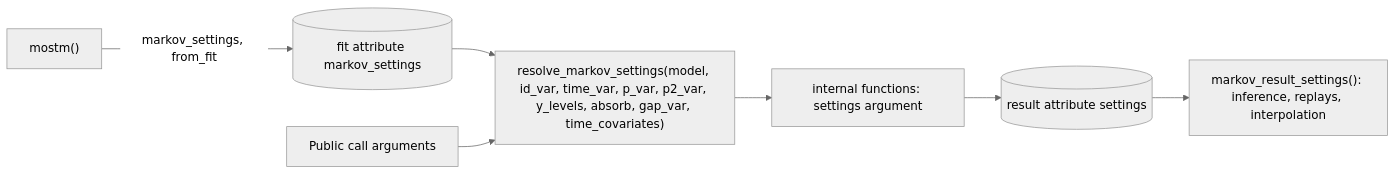
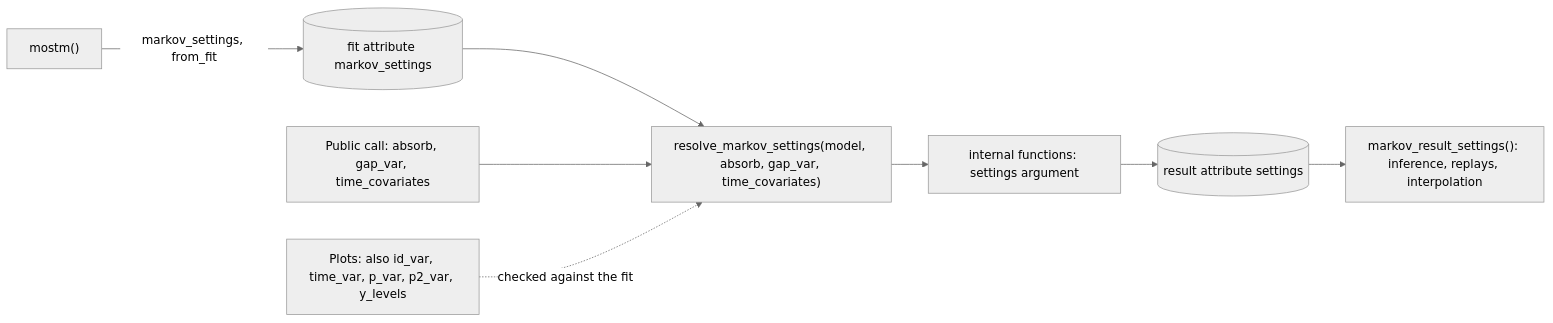
The third of 4 diagrams in ARCHITECTURE.md (scjohannes/mostr), drawn with Mermaid (neutral theme) before and after one commit. The commit also changed other lines of this file and 2 other files, not shown here.

Commit message:
// Describe the removal in NEWS, ARCHITECTURE and the decision record

````diff
--- a/ARCHITECTURE.md
+++ b/ARCHITECTURE.md
@@ -483,9 +484,10 @@
 ```mermaid
 flowchart LR
     A["mostm()"] -->|markov_settings, from_fit| B[(fit attribute markov_settings)]
-    B --> C["resolve_markov_settings(model, id_var, time_var, p_var, p2_var, y_levels, absorb, gap_var, time_covariates)"]
-    D[Public call arguments] --> C
+    B --> C["resolve_markov_settings(model, absorb, gap_var, time_covariates)"]
+    D["Public call: absorb, gap_var, time_covariates"] --> C
+    P["Plots: also id_var, time_var, p_var, p2_var, y_levels"] -.->|checked against the fit| C
     C --> E["internal functions: settings argument"]
     E --> F[(result attribute settings)]
     F --> G["markov_result_settings(): inference, replays, interpolation"]
 ```
````
